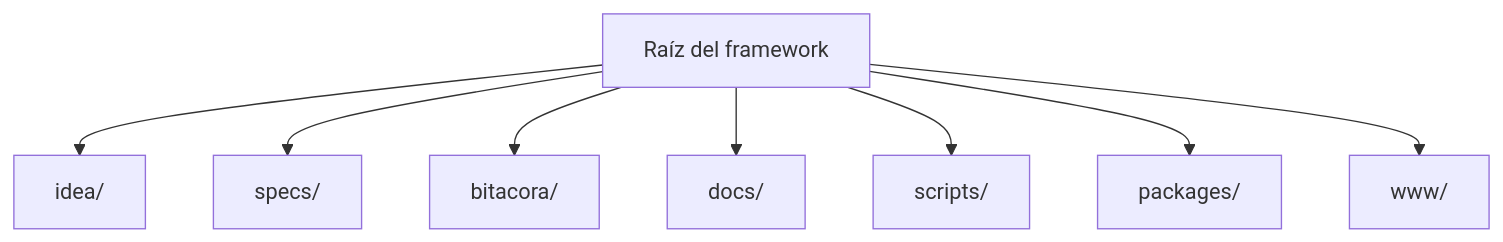
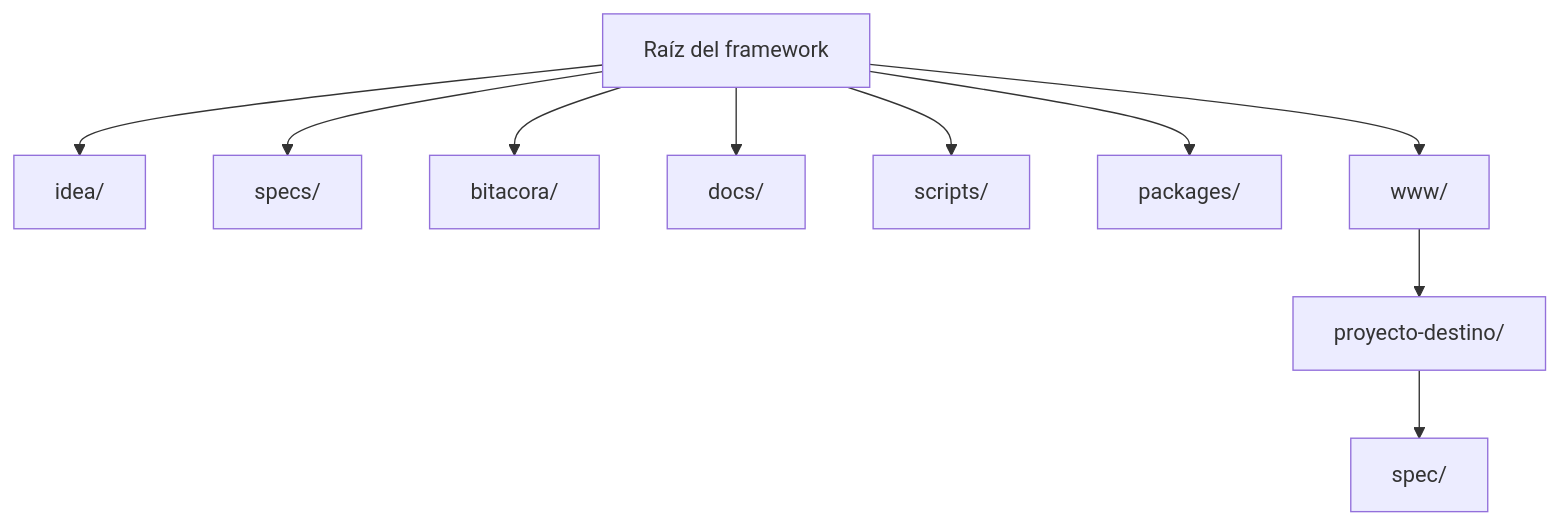
The third of 3 diagrams in README.es.md (juanklagos/spec-driven-development-template), drawn with Mermaid before and after one commit. The commit also changed other lines of this file and 10 other files, not shown here.

````diff
--- a/README.es.md
+++ b/README.es.md
@@ -151,10 +157,12 @@
 ```mermaid
 flowchart TD
   A["Raíz del framework"] --> B["idea/"]
   A --> C["specs/"]
   A --> D["bitacora/"]
   A --> E["docs/"]
   A --> F["scripts/"]
   A --> G["packages/"]
   A --> H["www/"]
+  H --> I["proyecto-destino/"]
+  I --> J["spec/"]
 ```
````
